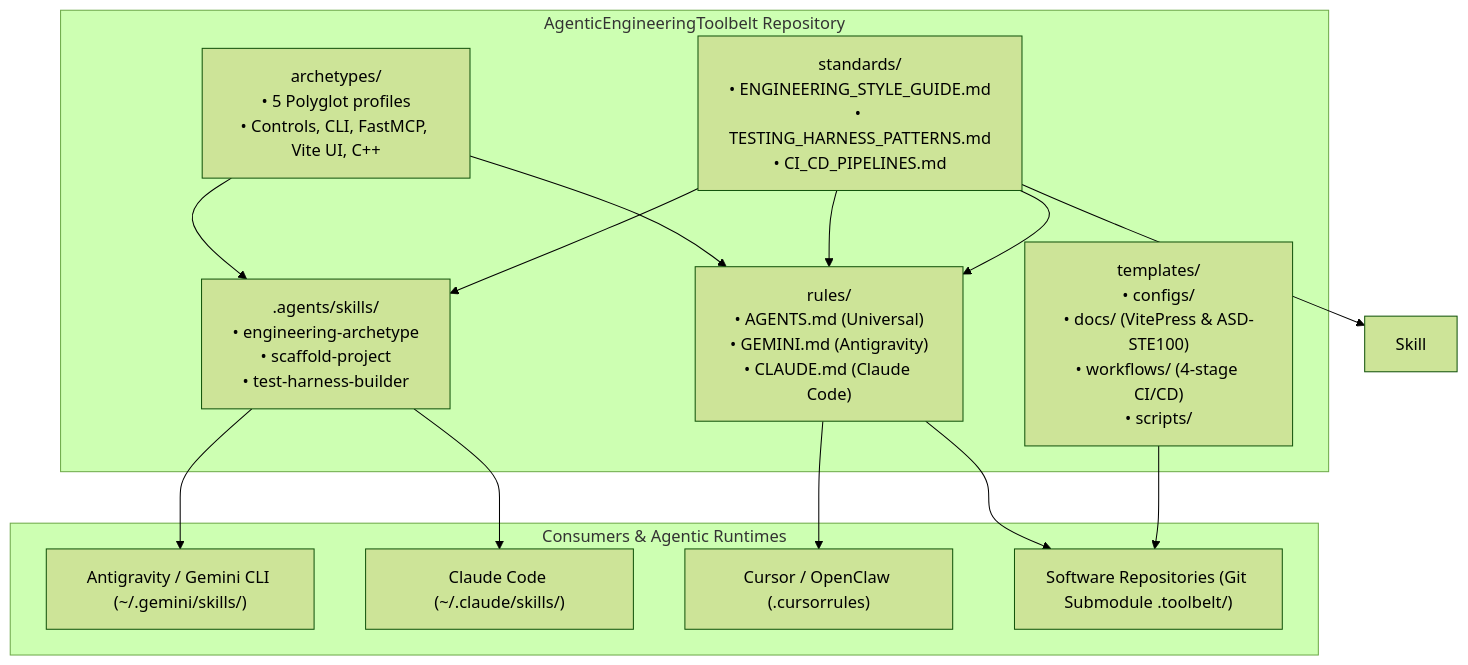
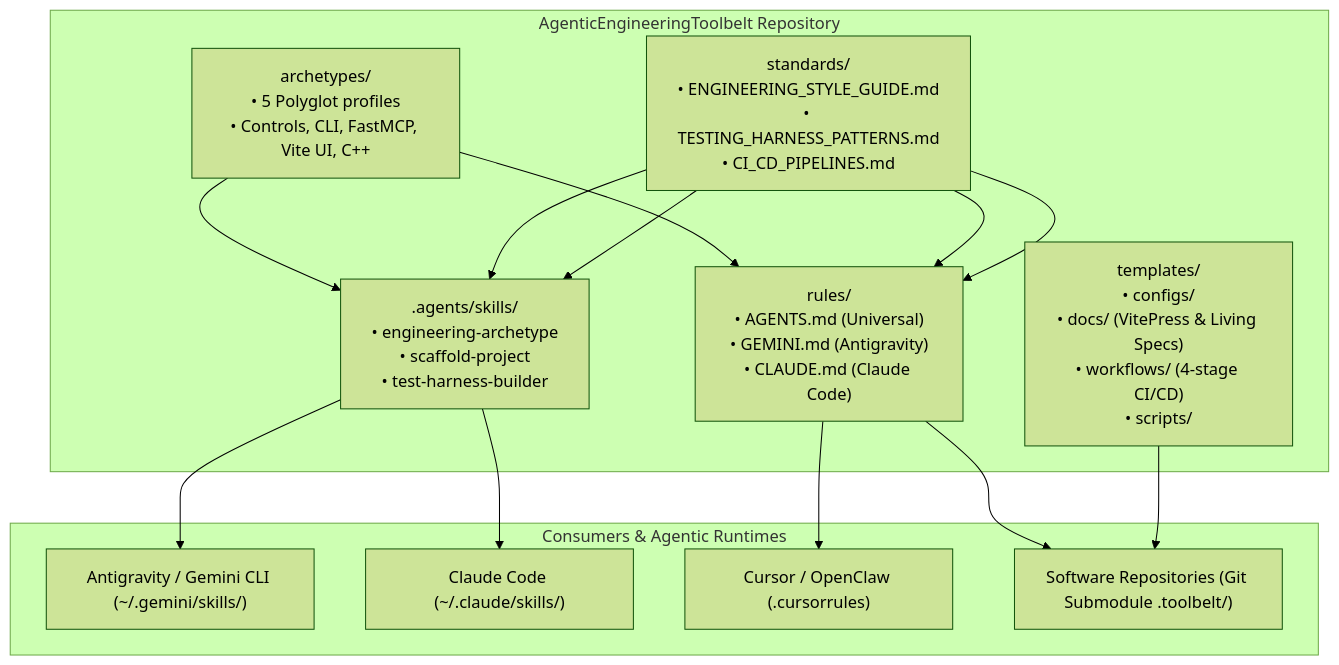
The first of 3 diagrams in ARCHITECTURE.md (spelech/AgenticEngineeringToolbelt), drawn with Mermaid (forest theme) before and after one commit. The commit also changed other lines of this file and 42 other files, not shown here.

````diff
--- a/ARCHITECTURE.md
+++ b/ARCHITECTURE.md
@@ -9,23 +9,23 @@
 ```mermaid
 flowchart TD
     subgraph Toolbelt["AgenticEngineeringToolbelt Repository"]
         Archetypes["archetypes/<br>• 5 Polyglot profiles<br>• Controls, CLI, FastMCP, Vite UI, C++"]
         Standards["standards/<br>• ENGINEERING_STYLE_GUIDE.md<br>• TESTING_HARNESS_PATTERNS.md<br>• CI_CD_PIPELINES.md"]
         Skills[".agents/skills/<br>• engineering-archetype<br>• scaffold-project<br>• test-harness-builder"]
         Rules["rules/<br>• AGENTS.md (Universal)<br>• GEMINI.md (Antigravity)<br>• CLAUDE.md (Claude Code)"]
-        Templates["templates/<br>• configs/<br>• docs/ (VitePress & ASD-STE100)<br>• workflows/ (4-stage CI/CD)<br>• scripts/"]
+        Templates["templates/<br>• configs/<br>• docs/ (VitePress & Living Specs)<br>• workflows/ (4-stage CI/CD)<br>• scripts/"]
     end
 
     subgraph Clients["Consumers & Agentic Runtimes"]
         Antigravity["Antigravity / Gemini CLI (~/.gemini/skills/)"]
         Claude["Claude Code (~/.claude/skills/)"]
         Cursor["Cursor / OpenClaw (.cursorrules)"]
         Projects["Software Repositories (Git Submodule .toolbelt/)"]
     end
 
     Archetypes & Standards --> Skills & Rules
     Skills --> Antigravity & Claude
     Rules --> Projects & Cursor
-    Standards --> Skill & Rules
+    Standards --> Skills & Rules
     Templates --> Projects
 ```
````
